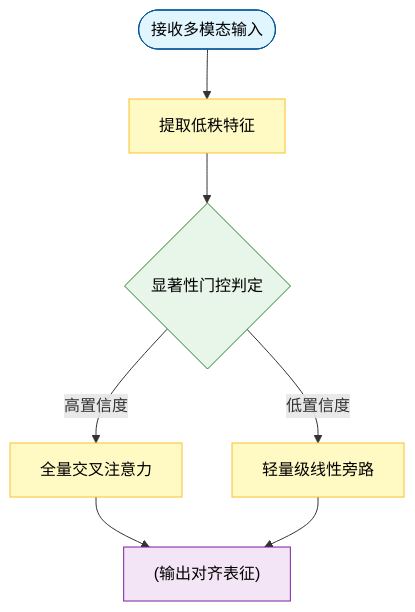
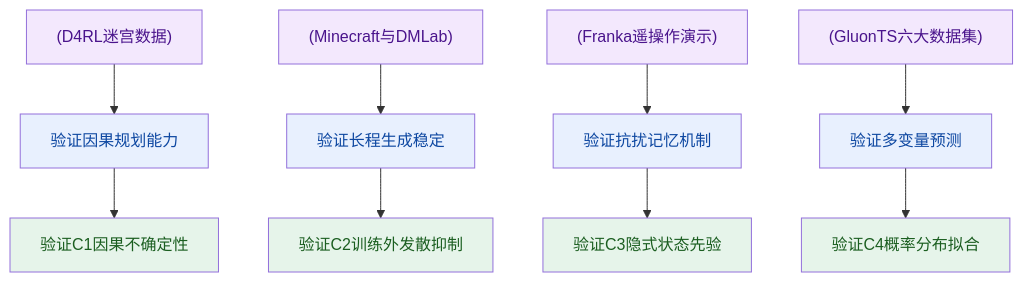
One commit to ShinewineW/paper-rolling changed the fifth of 10 diagrams in person_vault/2026-06-13_DiffusionForcingNextTokenPredictionMeets_2407.01392/report.md. Above: the diagram before and after it, drawn with Mermaid. The commit also changed other lines of this file and 51 other files, not shown here.

````diff
--- a/person_vault/2026-06-13_DiffusionForcingNextTokenPredictionMeets_2407.01392/report.md
+++ b/person_vault/2026-06-13_DiffusionForcingNextTokenPredictionMeets_2407.01392/report.md
@@ -285,21 +252,16 @@
 ```mermaid
-flowchart TD
-  classDef start fill:#e1f5fe,color:#000,stroke:#01579b
-  classDef process fill:#fff9c4,color:#000,stroke:#fbc02d
-  classDef decision fill:#e8f5e9,color:#000,stroke:#2e7d32
-  classDef data fill:#f3e5f5,color:#000,stroke:#7b1fa2
-
-  input_modalities(["接收多模态输入"]):::start
-  low_rank_proj["提取低秩特征"]:::process
-  saliency_gate{显著性门控判定}:::decision
-  heavy_interaction["全量交叉注意力"]:::process
-  light_bypass["轻量级线性旁路"]:::process
-  fusion_output["(输出对齐表征)"]:::data
-
-  input_modalities --> low_rank_proj
-  low_rank_proj --> saliency_gate
-  saliency_gate -- 高置信度 --> heavy_interaction
-  saliency_gate -- 低置信度 --> light_bypass
-  heavy_interaction --> fusion_output
-  light_bypass --> fusion_output
+flowchart TB
+    classDef exp fill:#e8f0fe,color:#0d47a1;
+    classDef claim fill:#e6f4ea,color:#1b5e20;
+    classDef data fill:#f3e8fd,color:#4a148c;
+    
+    maze_planning["验证因果规划能力"]:::exp --> c1["验证C1因果不确定性"]:::claim
+    video_rollout["验证长程生成稳定"]:::exp --> c2["验证C2训练外发散抑制"]:::claim
+    robot_swap["验证抗扰记忆机制"]:::exp --> c3["验证C3隐式状态先验"]:::claim
+    ts_forecast["验证多变量预测"]:::exp --> c4["验证C4概率分布拟合"]:::claim
+    
+    d4rl["(D4RL迷宫数据)"]:::data --> maze_planning
+    minecraft_dmlab["(Minecraft与DMLab)"]:::data --> video_rollout
+    franka_demo["(Franka遥操作演示)"]:::data --> robot_swap
+    gluon_ts["(GluonTS六大数据集)"]:::data --> ts_forecast
 ```
````
